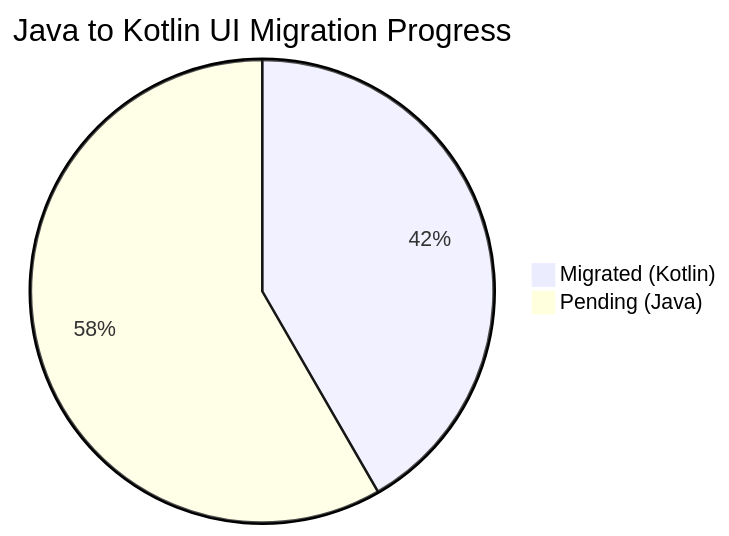
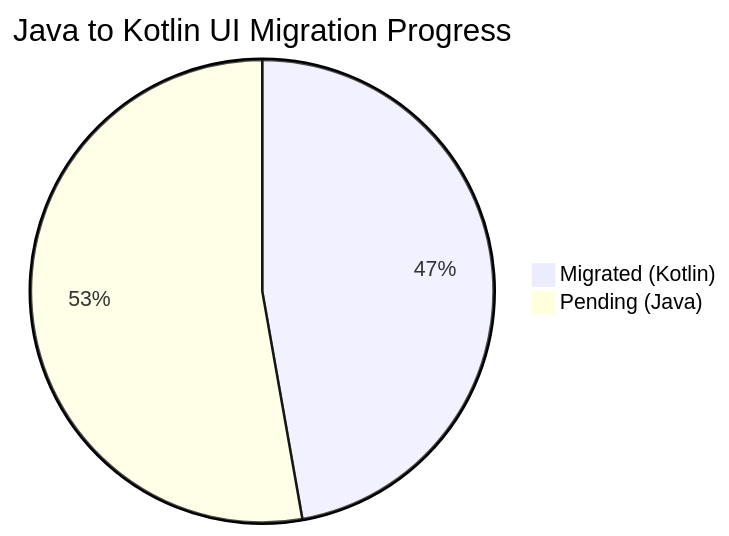
One commit to solomonrajan/cashledger changed the second of 2 diagrams in README.md. Above: the diagram before and after it, drawn with Mermaid. The commit also changed other lines of this file, not shown here.

Commit message:
docs: update Kotlin migration progress in README

````diff
--- a/README.md
+++ b/README.md
@@ -158,5 +158,5 @@
 ```mermaid
 pie title Java to Kotlin UI Migration Progress
-    "Migrated (Kotlin)" : 15
-    "Pending (Java)" : 21
+    "Migrated (Kotlin)" : 17
+    "Pending (Java)" : 19
 ```
````
